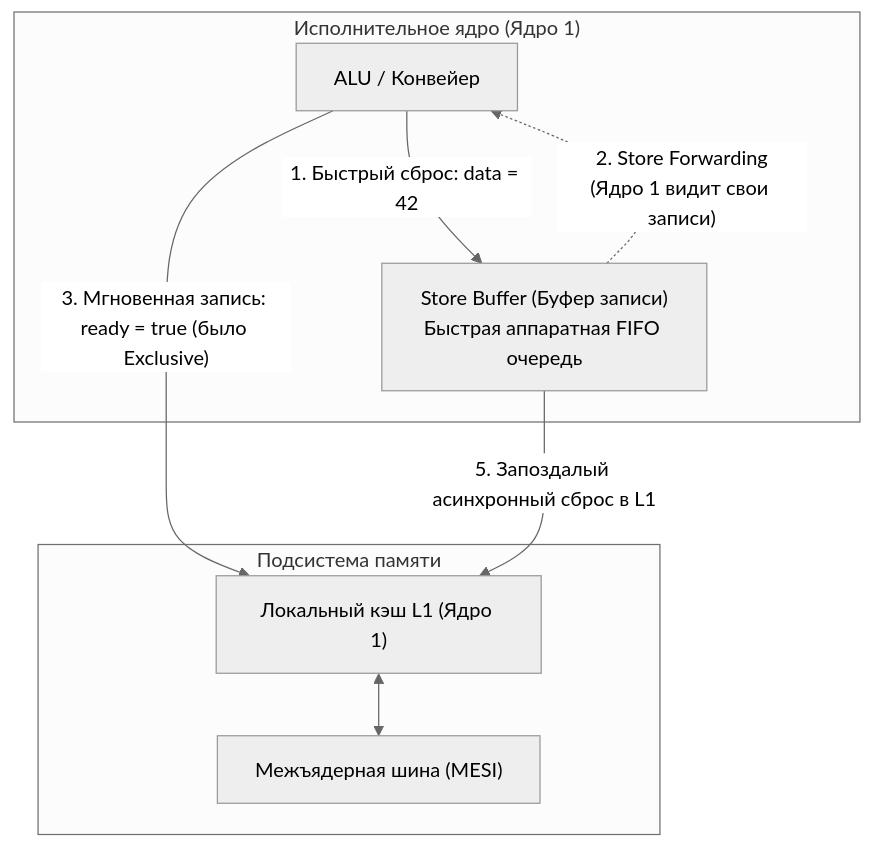
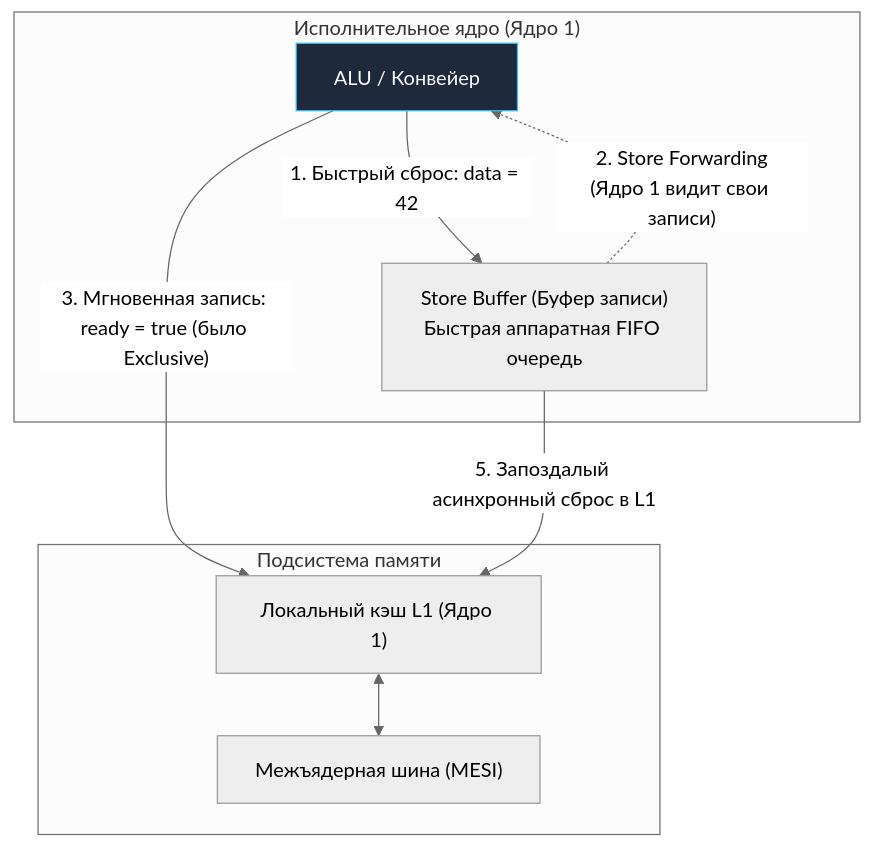
The diagram in sources/1. Архитектура компьютера/22. Memory Ordering и CPU Memory Model.md (UnrealTemplier/go-textbook), drawn with Mermaid (neutral theme) before and after one commit. The commit also changed 1666 other files, not shown here.

First line of the commit message:
feat(mermaid): add semantic color classDef to 1369 colorless flowchart/graph diagrams

````diff
--- a/sources/1. Архитектура компьютера/22. Memory Ordering и CPU Memory Model.md
+++ b/sources/1. Архитектура компьютера/22. Memory Ordering и CPU Memory Model.md
@@ -72,18 +72,28 @@
 ```mermaid
 flowchart TD
+    classDef process  fill:#1e293b,stroke:#38bdf8,stroke-width:1px,color:#f8fafc
+    classDef success  fill:#064e3b,stroke:#34d399,stroke-width:1px,color:#f8fafc
+    classDef error    fill:#7f1d1d,stroke:#f87171,stroke-width:1px,color:#f8fafc
+    classDef warning  fill:#78350f,stroke:#fbbf24,stroke-width:1px,color:#f8fafc
+    classDef entry    fill:#1e3a5f,stroke:#38bdf8,stroke-width:2px,color:#f8fafc
+    classDef aux      fill:#334155,stroke:#64748b,stroke-width:1px,color:#f8fafc
+    classDef system   fill:#312e81,stroke:#a78bfa,stroke-width:1px,color:#f8fafc
+    classDef data     fill:#132d29,stroke:#2dd4bf,stroke-width:1px,color:#f8fafc
+    classDef network  fill:#881337,stroke:#fb7185,stroke-width:1px,color:#f8fafc
+    classDef accent   fill:#1e1b4b,stroke:#818cf8,stroke-width:1px,color:#f8fafc
     subgraph Core["Исполнительное ядро (Ядро 1)"]
-        ALU["ALU / Конвейер"]
+        ALU["ALU / Конвейер"]:::process
         SB["Store Buffer (Буфер записи)<br>Быстрая аппаратная FIFO очередь"]
     end
 
     subgraph MemorySubsystem["Подсистема памяти"]
         L1["Локальный кэш L1 (Ядро 1)"]
         Bus["Межъядерная шина (MESI)"]
     end
 
     ALU -->|"1. Быстрый сброс: data = 42"| SB
     ALU -->|"3. Мгновенная запись: ready = true (было Exclusive)"| L1
     SB -.->|"2. Store Forwarding<br>(Ядро 1 видит свои записи)"| ALU
     SB -->|"5. Запоздалый асинхронный сброс в L1"| L1
     L1 <--> Bus
 ```
````
